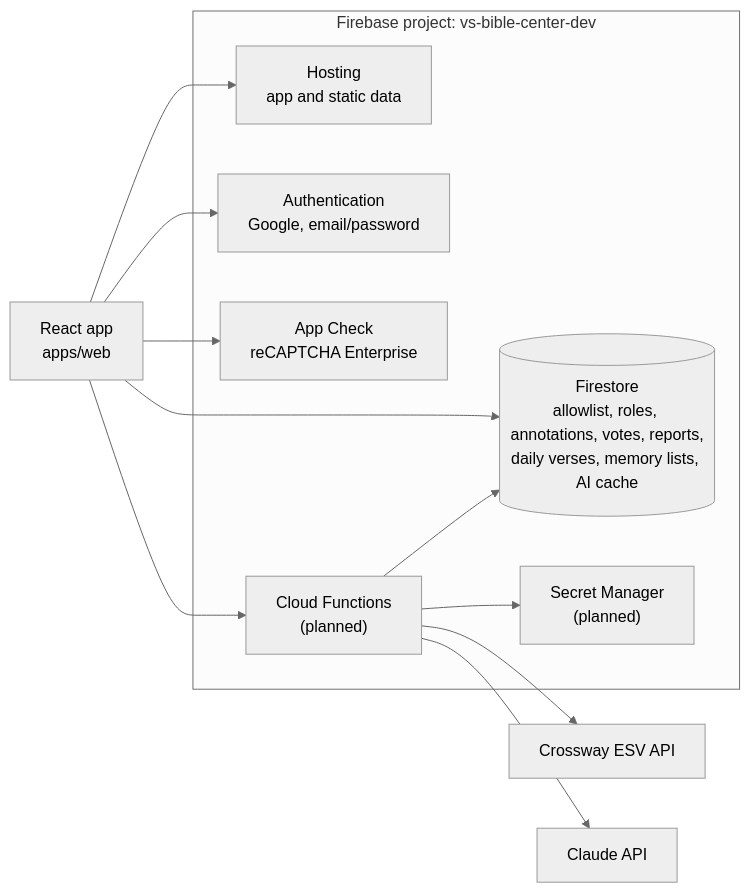
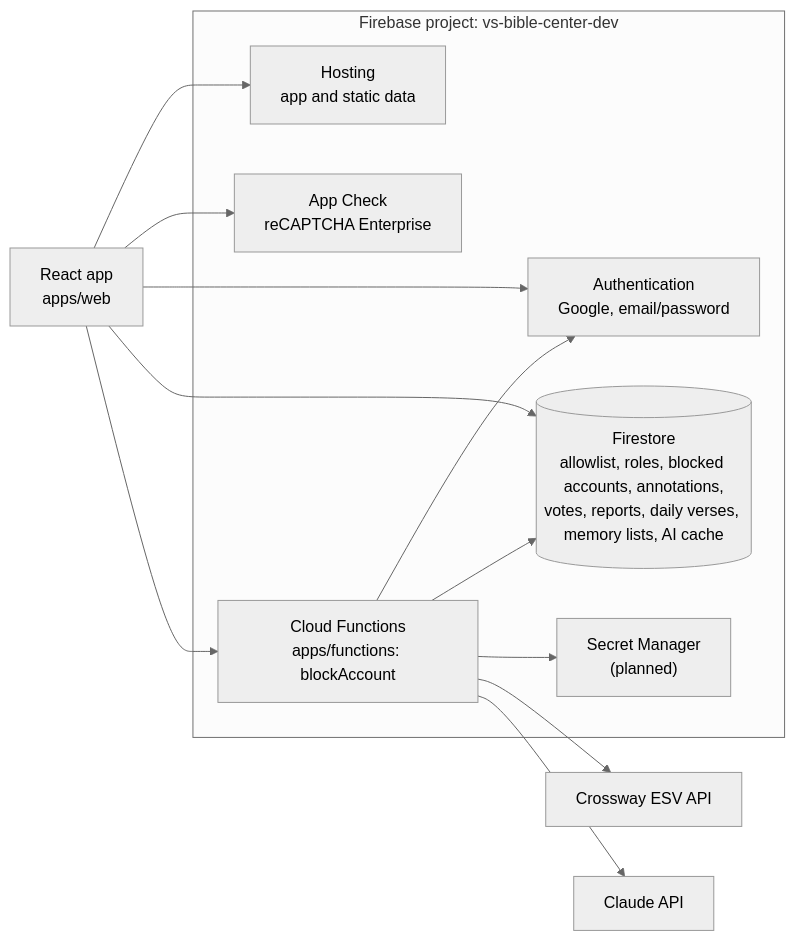
One commit to Valiance-Studios/bible-center changed the first of 23 diagrams in ARCHITECTURE.md. Above: the diagram before and after it, drawn with Mermaid (neutral theme). The commit also changed other lines of this file and 72 other files, not shown here.

First line of the commit message:
Let admins block an account, with the first Cloud Function (#33)

````diff
--- a/ARCHITECTURE.md
+++ b/ARCHITECTURE.md
@@ -154,26 +155,27 @@
 ```mermaid
 flowchart LR
   browser["React app<br/>apps/web"]
 
   subgraph firebase["Firebase project: vs-bible-center-dev"]
     hosting["Hosting<br/>app and static data"]
     auth["Authentication<br/>Google, email/password"]
-    firestore[("Firestore<br/>allowlist, roles, annotations, votes, reports,<br/>daily verses, memory lists, AI cache")]
+    firestore[("Firestore<br/>allowlist, roles, blocked accounts, annotations,<br/>votes, reports, daily verses, memory lists, AI cache")]
     appcheck["App Check<br/>reCAPTCHA Enterprise"]
-    functions["Cloud Functions<br/>(planned)"]
+    functions["Cloud Functions<br/>apps/functions: blockAccount"]
     secrets["Secret Manager<br/>(planned)"]
   end
 
   esv["Crossway ESV API"]
   claude["Claude API"]
 
   browser --> hosting
   browser --> auth
   browser --> firestore
   browser --> appcheck
   browser --> functions
   functions --> secrets
   functions --> firestore
+  functions --> auth
   functions --> esv
   functions --> claude
 ```
````
